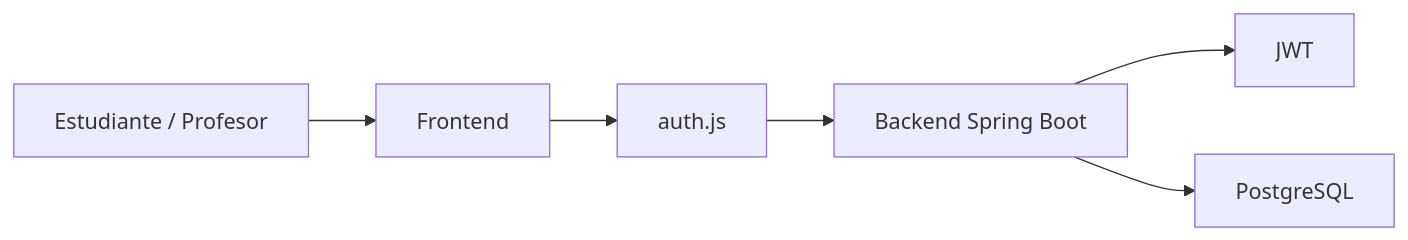
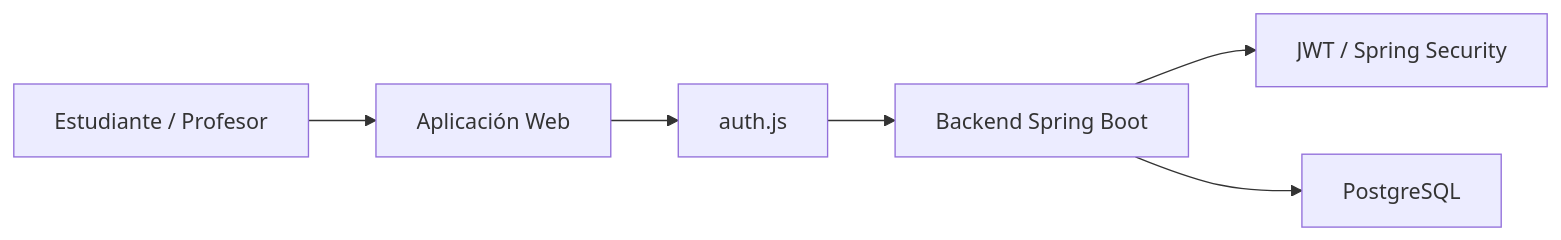
Before and after one commit to pinzon0930-boop/NEVI: the third of 10 diagrams in dossier/08-c4-Trazabilidad.md, drawn with Mermaid. The commit also changed other lines of this file, not shown here.

````diff
--- a/dossier/08-c4-Trazabilidad.md
+++ b/dossier/08-c4-Trazabilidad.md
@@ -164,15 +177,16 @@
 ```mermaid
 flowchart LR
+
     U["Estudiante / Profesor"]
-    UI["Frontend"]
+    FE["Aplicación Web"]
     AUTH["auth.js"]
     API["Backend Spring Boot"]
-    JWT["JWT"]
+    JWT["JWT / Spring Security"]
     DB["PostgreSQL"]
 
-    U --> UI
-    UI --> AUTH
+    U --> FE
+    FE --> AUTH
     AUTH --> API
     API --> JWT
     API --> DB
 ```
````
